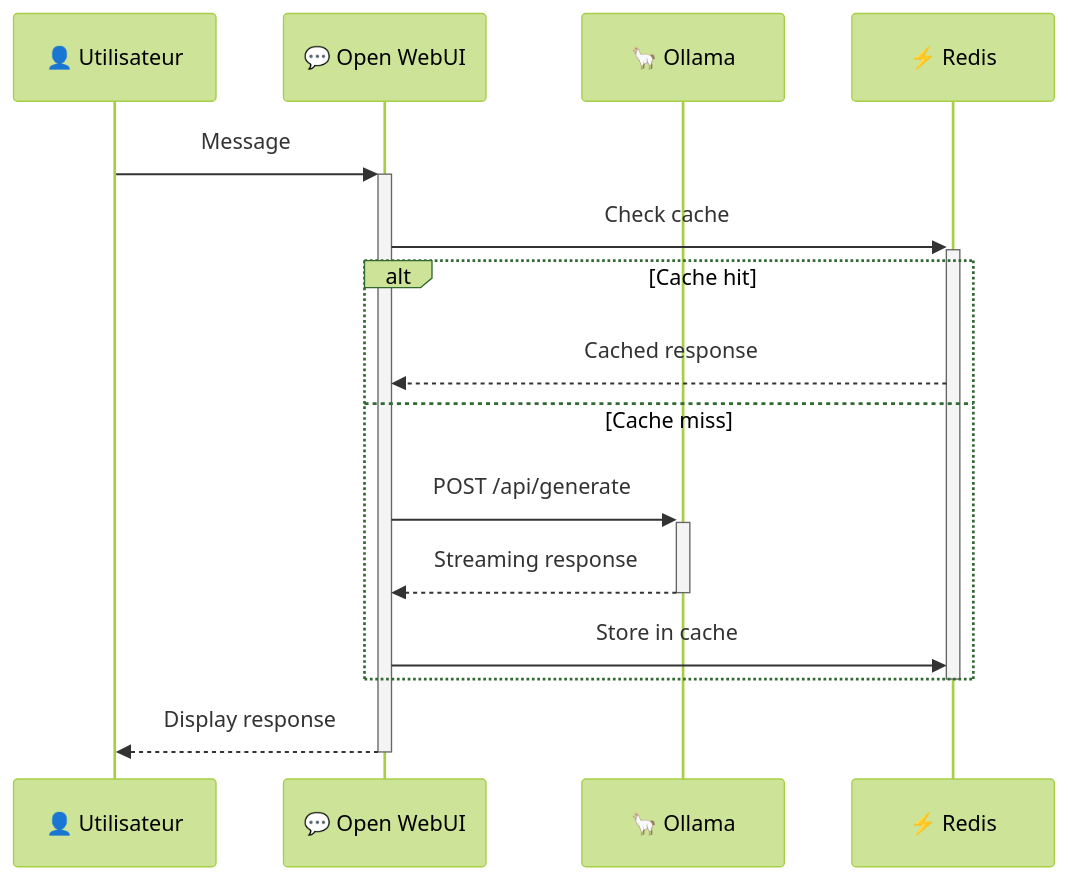
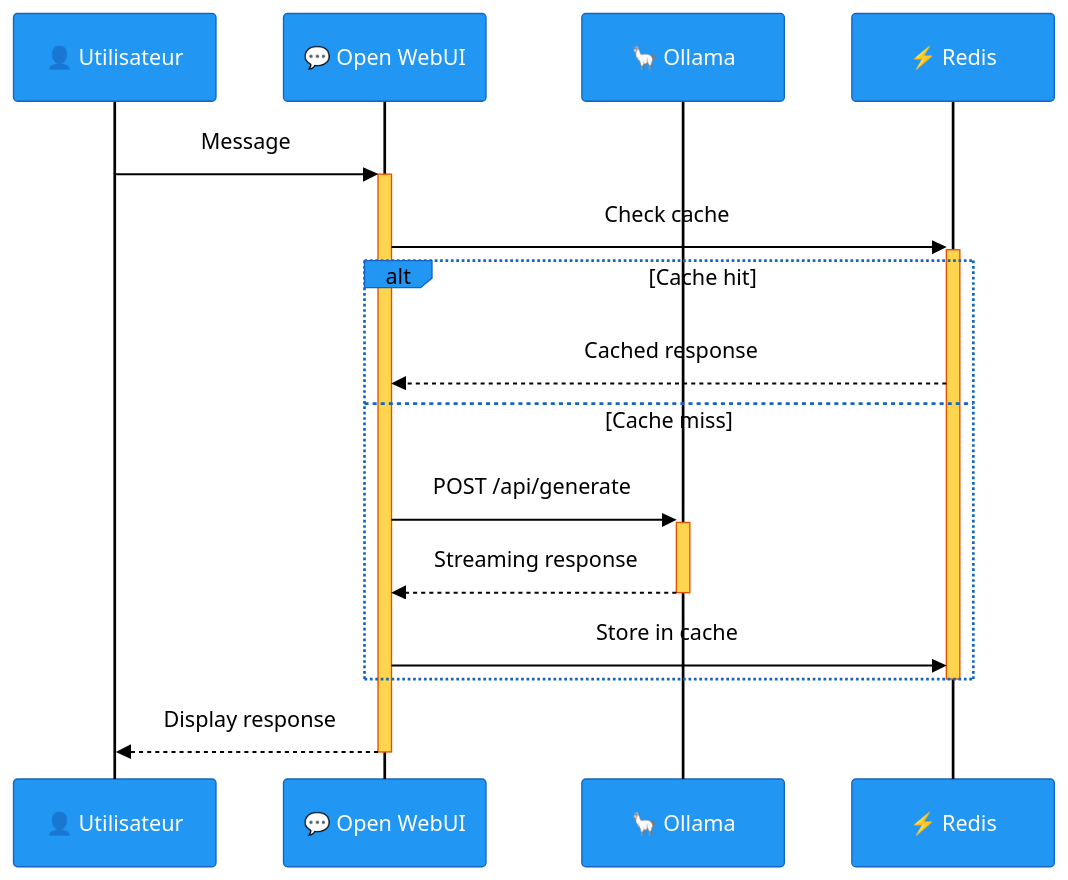
The third of 14 diagrams in docs/ARCHITECTURE.md (MPFabio/Stack-IA), drawn with Mermaid before and after one commit. The commit also changed other lines of this file, not shown here.

First line of the commit message:
fix(docs): Fonds colorés FORCES dans themeVariables Mermaid

````diff
--- a/docs/ARCHITECTURE.md
+++ b/docs/ARCHITECTURE.md
@@ -183,20 +183,20 @@
 ```mermaid
-%%{init: {'theme':'forest'}}%%
+%%{init: {'theme':'base', 'themeVariables': {'background':'#f0f0f0','mainBkg':'#f0f0f0','noteBkgColor':'#fff','actorBkg':'#2196F3','actorBorder':'#1565c0','actorTextColor':'#fff','actorLineColor':'#000','signalColor':'#000','signalTextColor':'#000','labelTextColor':'#000','loopTextColor':'#000','activationBkgColor':'#ffd54f','activationBorderColor':'#e65100','sequenceNumberColor':'#fff'}}}%%
 sequenceDiagram
     participant U as 👤 Utilisateur
     participant W as 💬 Open WebUI
     participant O as 🦙 Ollama
     participant R as ⚡ Redis
     
     U->>+W: Message
     W->>+R: Check cache
     alt Cache hit
         R-->>W: Cached response
     else Cache miss
         W->>+O: POST /api/generate
         O-->>-W: Streaming response
         W->>R: Store in cache
     end
     deactivate R
     W-->>-U: Display response
 ```
````
